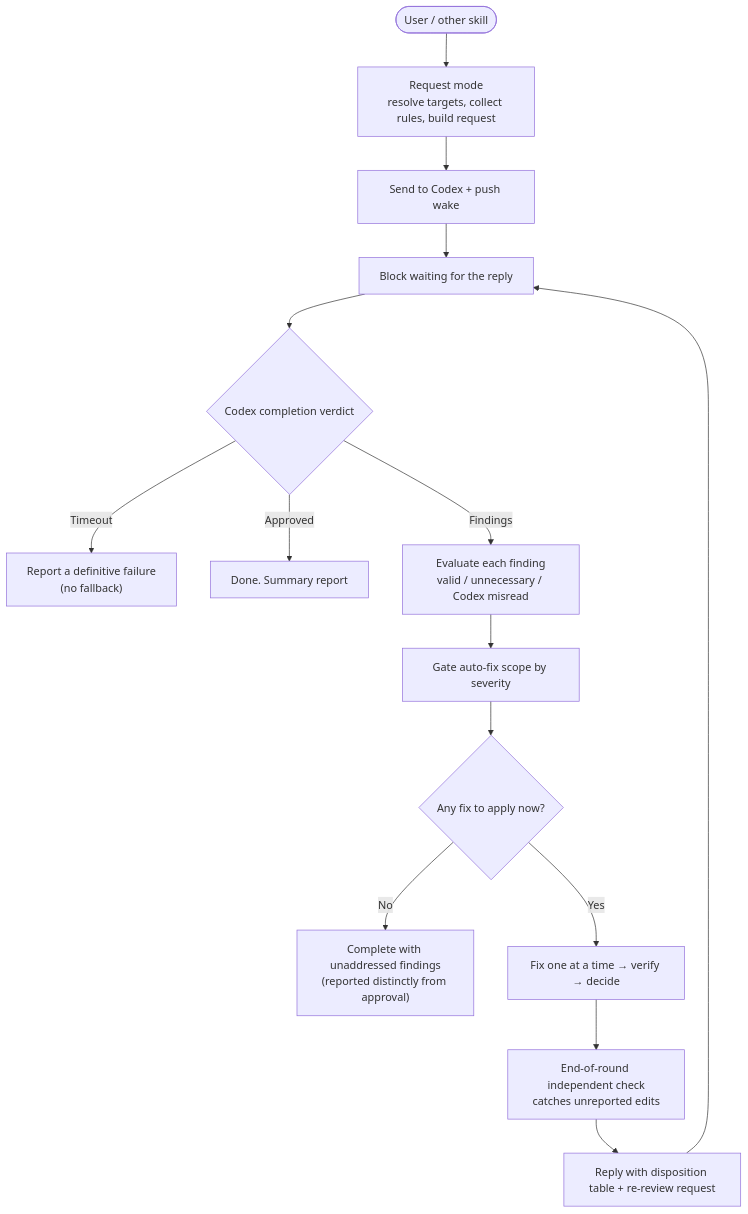
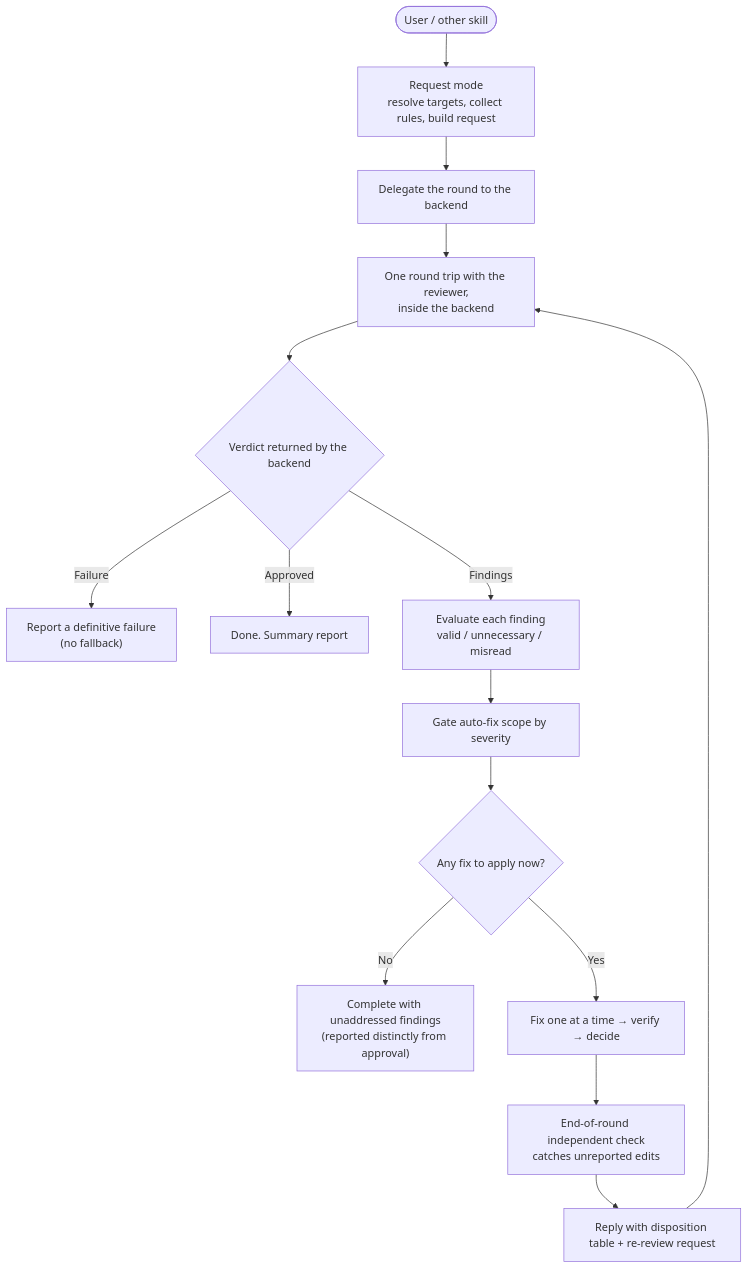
The diagram in docs/readme/forge/guide_review.md (BlueEventHorizon/bw-cc-plugins), drawn with Mermaid before and after one commit. The commit also changed other lines of this file and 12 other files, not shown here.

````diff
--- a/docs/readme/forge/guide_review.md
+++ b/docs/readme/forge/guide_review.md
@@ -195,29 +201,29 @@
 ```mermaid
 flowchart TD
     START([User / other skill]) --> REQ
 
     REQ["Request mode<br/>resolve targets, collect rules, build request"] --> SEND
 
-    SEND["Send to Codex + push wake"] --> WAIT
+    SEND["Delegate the round to the backend"] --> WAIT
 
-    WAIT["Block waiting for the reply"] --> RESULT
+    WAIT["One round trip with the reviewer,<br/>inside the backend"] --> RESULT
 
-    RESULT{Codex completion verdict}
-    RESULT -->|"Timeout"| FAIL["Report a definitive failure<br/>(no fallback)"]
+    RESULT{Verdict returned by the backend}
+    RESULT -->|"Failure"| FAIL["Report a definitive failure<br/>(no fallback)"]
     RESULT -->|"Approved"| DONE["Done. Summary report"]
     RESULT -->|"Findings"| EVAL
 
-    EVAL["Evaluate each finding<br/>valid / unnecessary / Codex misread"] --> GATE
+    EVAL["Evaluate each finding<br/>valid / unnecessary / misread"] --> GATE
 
     GATE["Gate auto-fix scope by severity"] --> CONFIRM
 
     CONFIRM{Any fix to apply now?}
     CONFIRM -->|No| DONE2["Complete with unaddressed findings<br/>(reported distinctly from approval)"]
     CONFIRM -->|Yes| FIX
 
     FIX["Fix one at a time → verify → decide"] --> VERIFY
 
     VERIFY["End-of-round independent check<br/>catches unreported edits"] --> REPLY
 
     REPLY["Reply with disposition table + re-review request"] --> WAIT
 ```
````
